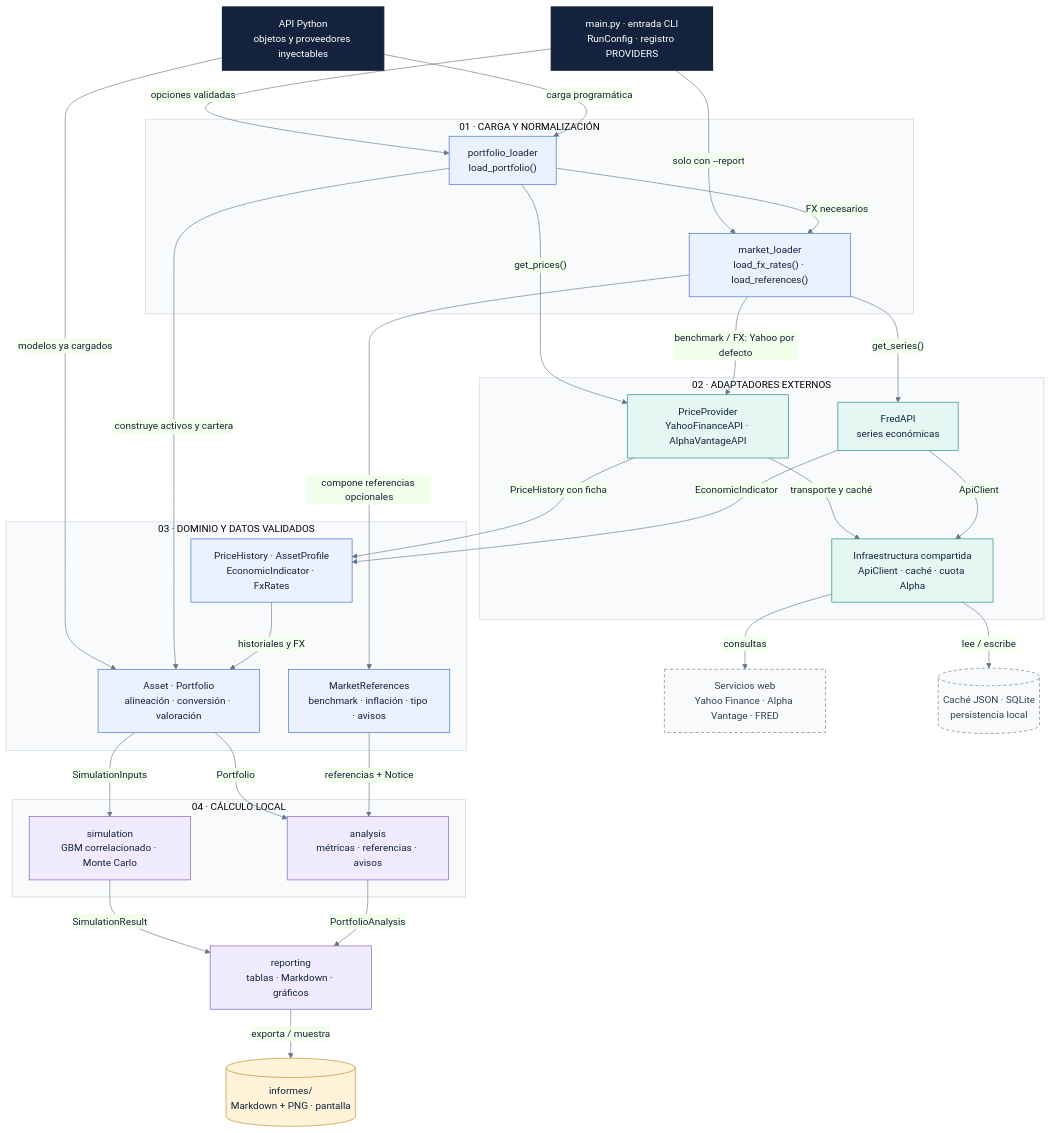
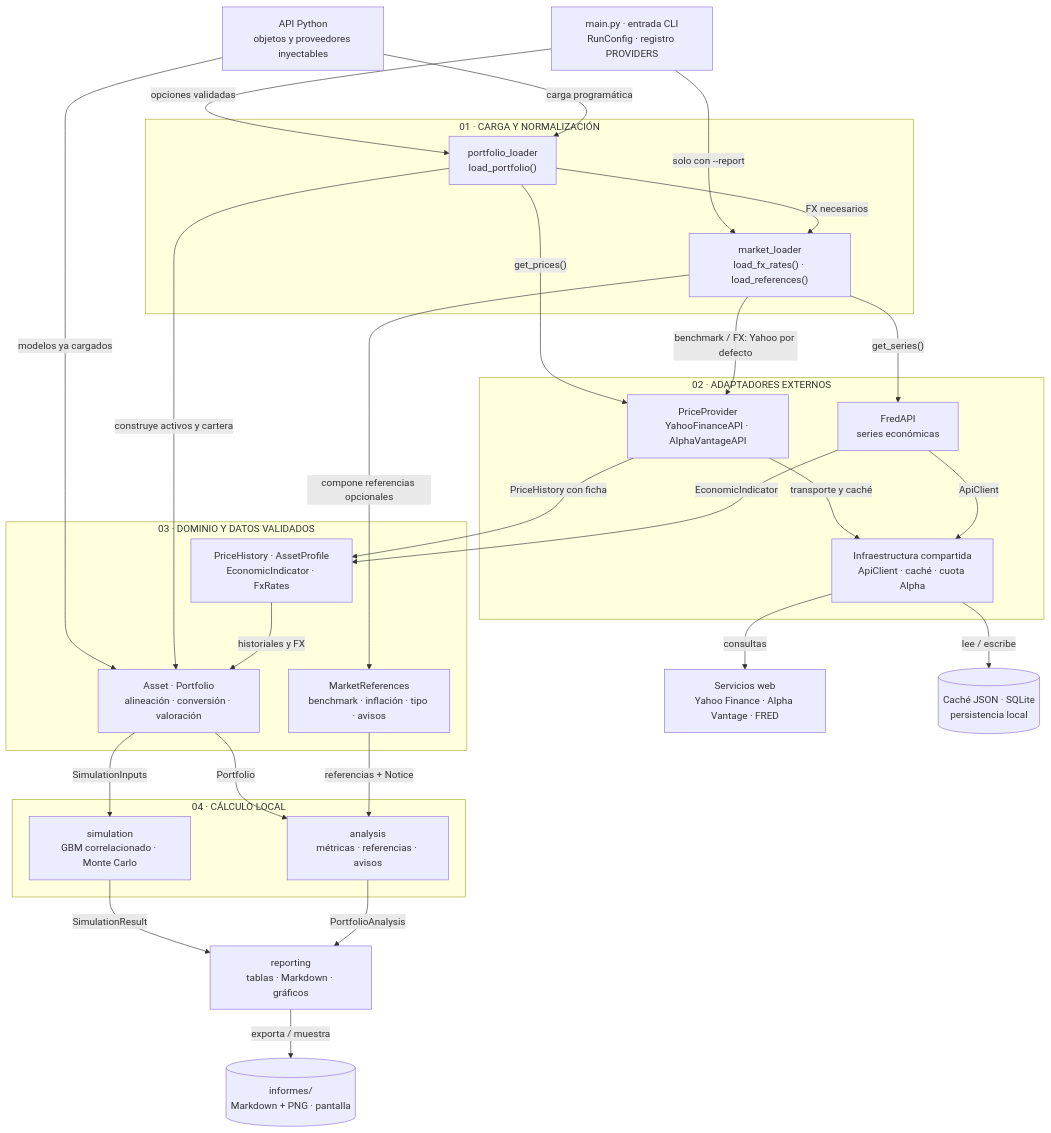
Before and after one commit to Diegopasfer1909/tallerb1-t1-equipo7: the diagram in diagramas/01-arquitectura.mmd, drawn with Mermaid. The commit also changed 7 other files, not shown here.

Commit message:
Integración de diagramas

```diff
--- a/diagramas/01-arquitectura.mmd
+++ b/diagramas/01-arquitectura.mmd
@@ -1,62 +1,56 @@
 %% Componentes y responsabilidades: flechas de llamada/entrega, no de importación.
 %% Las fuentes auxiliares son las predeterminadas de CLI; Python admite inyección.
-%%{init: {"theme":"base","themeVariables":{"fontFamily":"Segoe UI, Arial, sans-serif","primaryColor":"#EAF2FF","primaryTextColor":"#14233D","primaryBorderColor":"#356CC9","lineColor":"#64748B","clusterBkg":"#F8FAFC","clusterBorder":"#CBD5E1"},"flowchart":{"curve":"basis","nodeSpacing":35,"rankSpacing":55}}}%%
+%%{init: {"flowchart":{"curve":"basis","nodeSpacing":35,"rankSpacing":55}}}%%
 flowchart TB
     accTitle: B1-T1 · Arquitectura del sistema
     accDescr: Orquestación, adaptadores, dominio, cálculo y presentación.
-    CLI["main.py · entrada CLI<br/>RunConfig · registro PROVIDERS"]:::navy
-    PY["API Python<br/>objetos y proveedores inyectables"]:::navy
+    CLI["main.py · entrada CLI<br/>RunConfig · registro PROVIDERS"]
+    PY["API Python<br/>objetos y proveedores inyectables"]
     subgraph LOAD["01 · CARGA Y NORMALIZACIÓN"]
-        PL["portfolio_loader<br/>load_portfolio()"]:::blue
-        ML["market_loader<br/>load_fx_rates() · load_references()"]:::blue
+        PL["portfolio_loader<br/>load_portfolio()"]
+        ML["market_loader<br/>load_fx_rates() · load_references()"]
     end
     subgraph ADAPTERS["02 · ADAPTADORES EXTERNOS"]
-        PRICE["PriceProvider<br/>YahooFinanceAPI · AlphaVantageAPI"]:::teal
-        FRED["FredAPI<br/>series económicas"]:::teal
-        SUPPORT["Infraestructura compartida<br/>ApiClient · caché · cuota Alpha"]:::teal
+        PRICE["PriceProvider<br/>YahooFinanceAPI · AlphaVantageAPI"]
+        FRED["FredAPI<br/>series económicas"]
+        SUPPORT["Infraestructura compartida<br/>ApiClient · caché · cuota Alpha"]
     end
     subgraph DOMAIN["03 · DOMINIO Y DATOS VALIDADOS"]
-        MARKET["PriceHistory · AssetProfile<br/>EconomicIndicator · FxRates"]:::blue
-        PORT["Asset · Portfolio<br/>alineación · conversión · valoración"]:::blue
-        REF["MarketReferences<br/>benchmark · inflación · tipo · avisos"]:::blue
+        MARKET["PriceHistory · AssetProfile<br/>EconomicIndicator · FxRates"]
+        PORT["Asset · Portfolio<br/>alineación · conversión · valoración"]
+        REF["MarketReferences<br/>benchmark · inflación · tipo · avisos"]
     end
     subgraph COMPUTE["04 · CÁLCULO LOCAL"]
-        SIM["simulation<br/>GBM correlacionado · Monte Carlo"]:::violet
-        ANA["analysis<br/>métricas · referencias · avisos"]:::violet
+        SIM["simulation<br/>GBM correlacionado · Monte Carlo"]
+        ANA["analysis<br/>métricas · referencias · avisos"]
     end
-    REP["reporting<br/>tablas · Markdown · gráficos"]:::violet
-    NET["Servicios web<br/>Yahoo Finance · Alpha Vantage · FRED"]:::external
-    DISK[("Caché JSON · SQLite<br/>persistencia local")]:::external
-    OUTPUT[("informes/<br/>Markdown + PNG · pantalla")]:::amber
+    REP["reporting<br/>tablas · Markdown · gráficos"]
+    NET["Servicios web<br/>Yahoo Finance · Alpha Vantage · FRED"]
+    DISK[("Caché JSON · SQLite<br/>persistencia local")]
+    OUTPUT[("informes/<br/>Markdown + PNG · pantalla")]
     CLI -->|"opciones validadas"| PL
     CLI -->|"solo con --report"| ML
     PY -->|"carga programática"| PL
     PY -->|"modelos ya cargados"| PORT
     PL -->|"FX necesarios"| ML
     PL -->|"get_prices()"| PRICE
     ML -->|"benchmark / FX: Yahoo por defecto"| PRICE
     ML -->|"get_series()"| FRED
     PRICE -->|"transporte y caché"| SUPPORT
     FRED -->|"ApiClient"| SUPPORT
     SUPPORT -->|"consultas"| NET
     SUPPORT -->|"lee / escribe"| DISK
     PRICE -->|"PriceHistory con ficha"| MARKET
     FRED -->|"EconomicIndicator"| MARKET
     PL -->|"construye activos y cartera"| PORT
     MARKET -->|"historiales y FX"| PORT
     ML -->|"compone referencias opcionales"| REF
     PORT -->|"SimulationInputs"| SIM
     PORT -->|"Portfolio"| ANA
     REF -->|"referencias + Notice"| ANA
     SIM -->|"SimulationResult"| REP
     ANA -->|"PortfolioAnalysis"| REP
     REP -->|"exporta / muestra"| OUTPUT
-    classDef navy fill:#14233D,stroke:#14233D,color:#FFFFFF,stroke-width:2px;
-    classDef blue fill:#EAF2FF,stroke:#356CC9,color:#14233D;
-    classDef teal fill:#E4F7F3,stroke:#168575,color:#14233D;
-    classDef violet fill:#F0EBFF,stroke:#7953BF,color:#14233D;
-    classDef amber fill:#FFF3D9,stroke:#BF861B,color:#14233D;
-    classDef external fill:#F8FAFC,stroke:#64748B,color:#334155,stroke-dasharray:5 4;
 %% Yahoo usa yfinance y las funciones de caché, no ApiClient.
 %% Alpha y FRED usan ApiClient; solo Alpha instala callbacks de cuota.
 %% El cálculo no descarga; reporting sí realiza E/S al exportar o mostrar.
```
